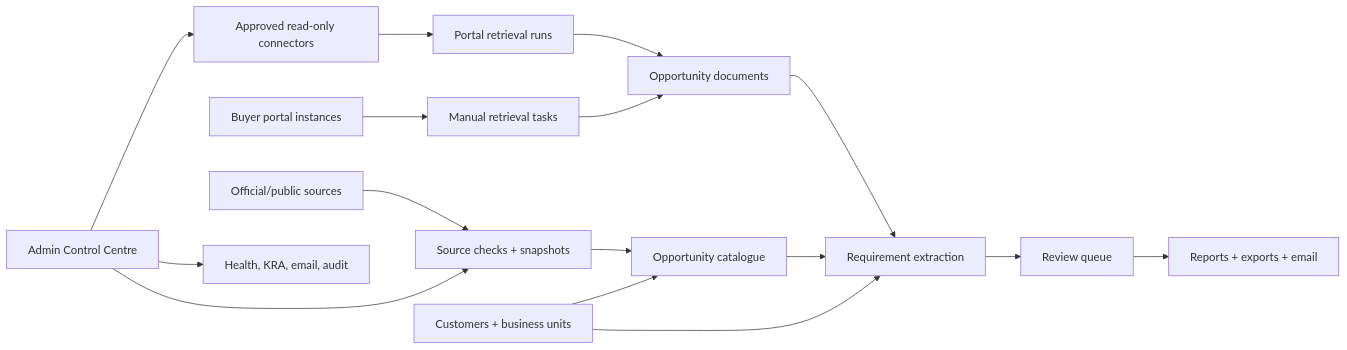
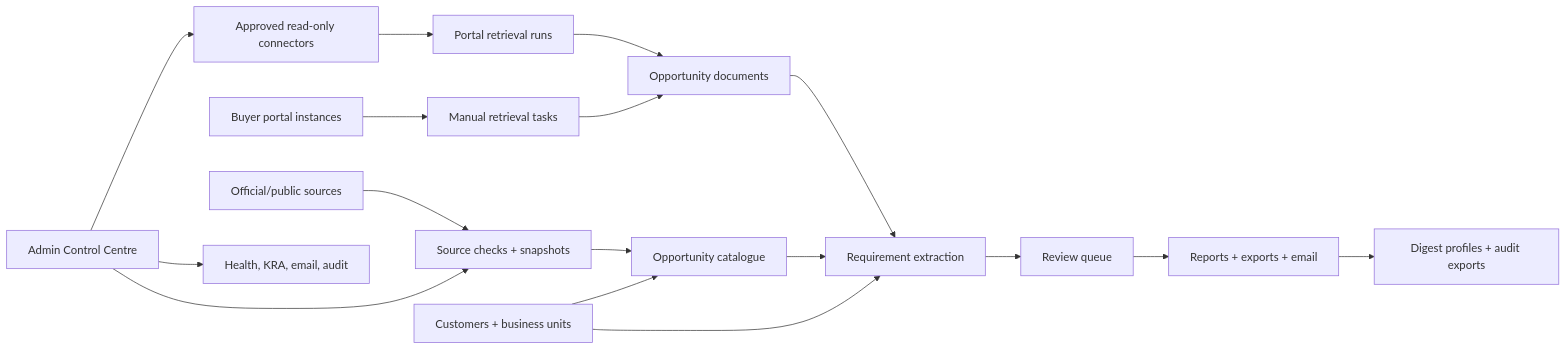
Before and after one commit to neil9bailey/Data-Intelligence-Portal: the diagram in docs/architecture_blueprint.md, drawn with Mermaid. The commit also changed other lines of this file and 35 other files, not shown here.

````diff
--- a/docs/architecture_blueprint.md
+++ b/docs/architecture_blueprint.md
@@ -7,18 +7,19 @@
 ```mermaid
 flowchart LR
   A["Official/public sources"] --> B["Source checks + snapshots"]
   C["Buyer portal instances"] --> D["Manual retrieval tasks"]
   E["Approved read-only connectors"] --> F["Portal retrieval runs"]
   B --> G["Opportunity catalogue"]
   F --> H["Opportunity documents"]
   D --> H
   H --> I["Requirement extraction"]
   G --> I
   J["Customers + business units"] --> G
   J --> I
   I --> K["Review queue"]
   K --> L["Reports + exports + email"]
+  L --> O["Digest profiles + audit exports"]
   M["Admin Control Centre"] --> B
   M --> E
   M --> N["Health, KRA, email, audit"]
 ```
````
